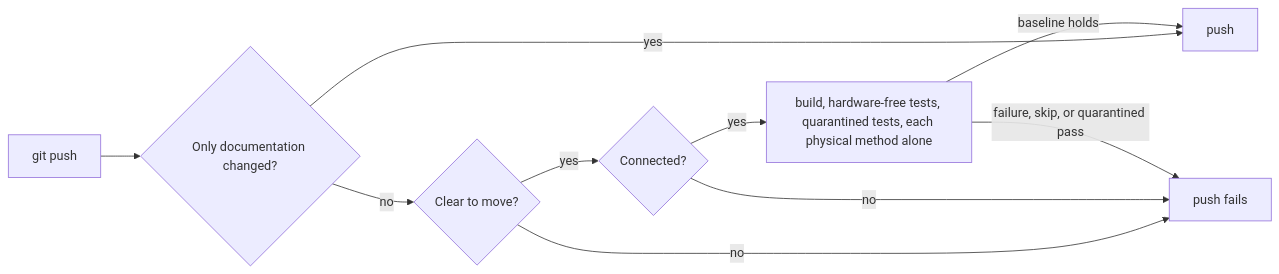
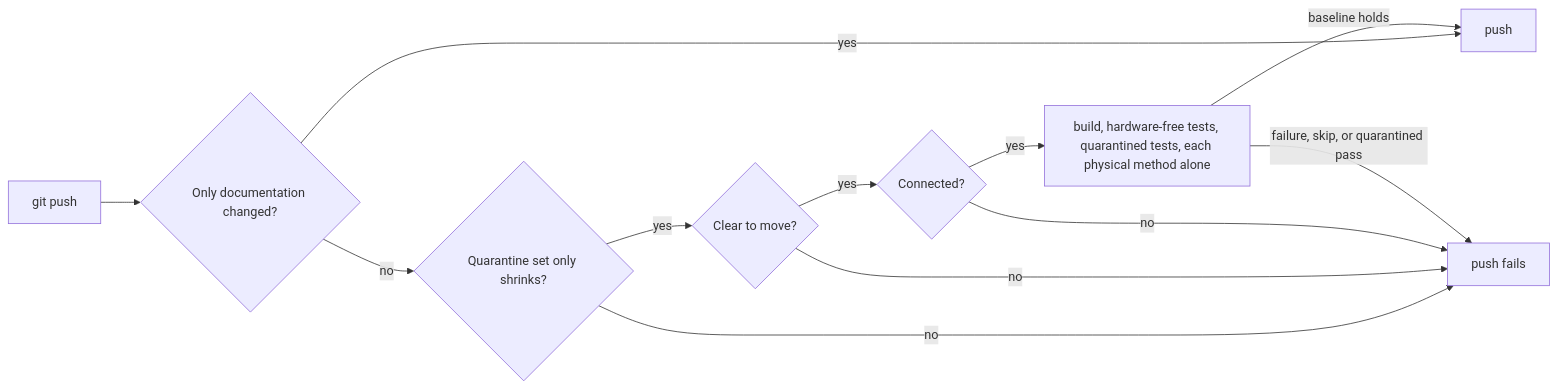
The diagram in docs/adr/0011-pre-push-gate-drives-the-robot.md (LasseBoerresen/Mayday), drawn with Mermaid before and after one commit. The commit also changed other lines of this file and 7 other files, not shown here.

````diff
--- a/docs/adr/0011-pre-push-gate-drives-the-robot.md
+++ b/docs/adr/0011-pre-push-gate-drives-the-robot.md
@@ -26,12 +27,14 @@
 ```mermaid
 flowchart LR
   Push[git push] --> Docs{Only documentation changed?}
   Docs -->|yes| Pass[push]
-  Docs -->|no| Clear{Clear to move?}
+  Docs -->|no| Ratchet{Quarantine set only shrinks?}
+  Ratchet -->|no| Fail
+  Ratchet -->|yes| Clear{Clear to move?}
   Clear -->|no| Fail[push fails]
   Clear -->|yes| Connected{Connected?}
   Connected -->|no| Fail
   Connected -->|yes| Tests[build, hardware-free tests, quarantined tests, each physical method alone]
   Tests -->|failure, skip, or quarantined pass| Fail
   Tests -->|baseline holds| Pass
 ```
````
